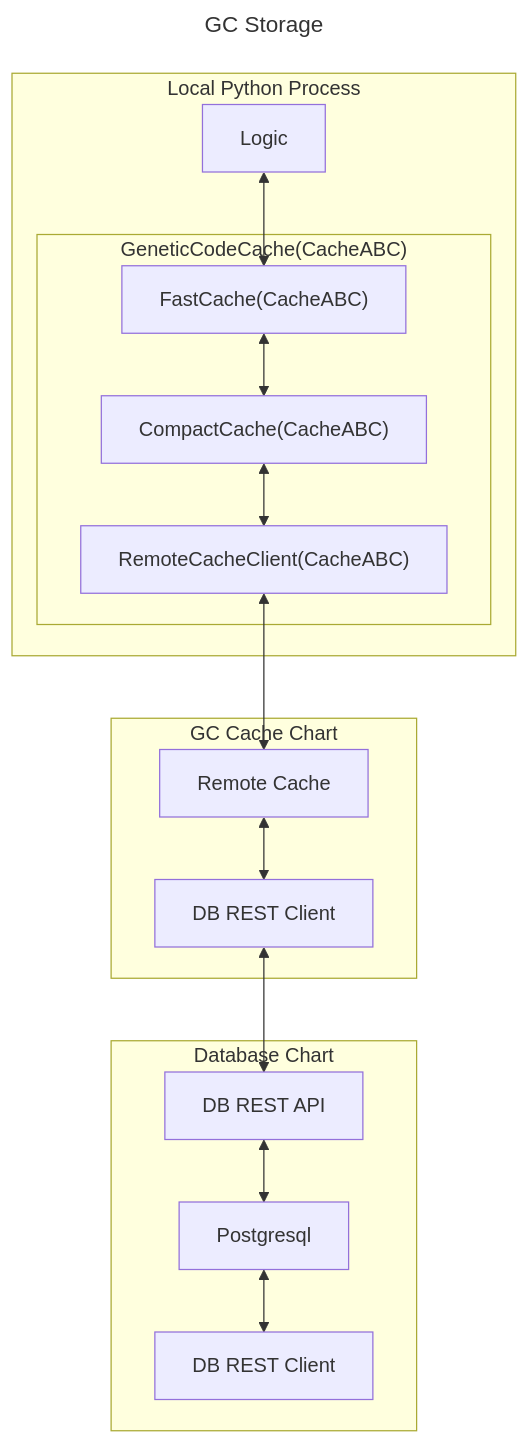
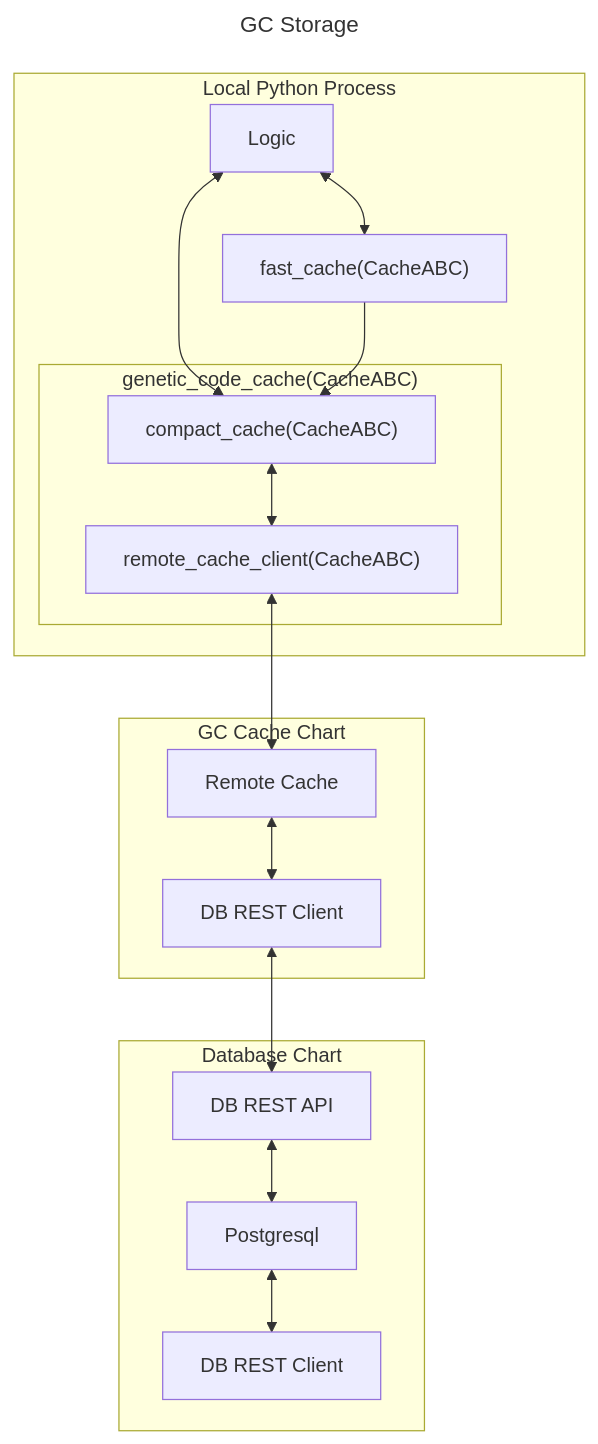
One commit to Shapedsundew9/erasmus-gp changed the diagram in egppy/egppy/storage/docs/stores.md. Above: the diagram before and after it, drawn with Mermaid. The commit also changed other lines of this file and 17 other files, not shown here.

````diff
--- a/egppy/egppy/storage/docs/stores.md
+++ b/egppy/egppy/storage/docs/stores.md
@@ -6,31 +5,32 @@
 ```mermaid
 ---
 title: GC Storage
 ---
 flowchart TB
     subgraph LOCAL["Local Python Process"]
         L["Logic"]
-        subgraph CACHE["GeneticCodeCache(CacheABC)"]
-            A["FastCache(CacheABC)"]
-            B["CompactCache(CacheABC)"]
-            C["RemoteCacheClient(CacheABC)"]
+        A["fast_cache(CacheABC)"]
+        subgraph CACHE["genetic_code_cache(CacheABC)"]
+            B["compact_cache(CacheABC)"]
+            C["remote_cache_client(CacheABC)"]
         end
     end
     subgraph REMOTE["GC Cache Chart"]
         D[Remote Cache]
         E[DB REST Client]
     end
     subgraph DB["Database Chart"]
         F[DB REST API]
         G[Postgresql]
         H[DB REST Client]
     end
     L <--> A
-    A <--> B
+    L <--> B
+    A --> B
     B <--> C
     C <--> D
     D <--> E
     E <--> F
     F <--> G
     G <--> H
 ```
````
